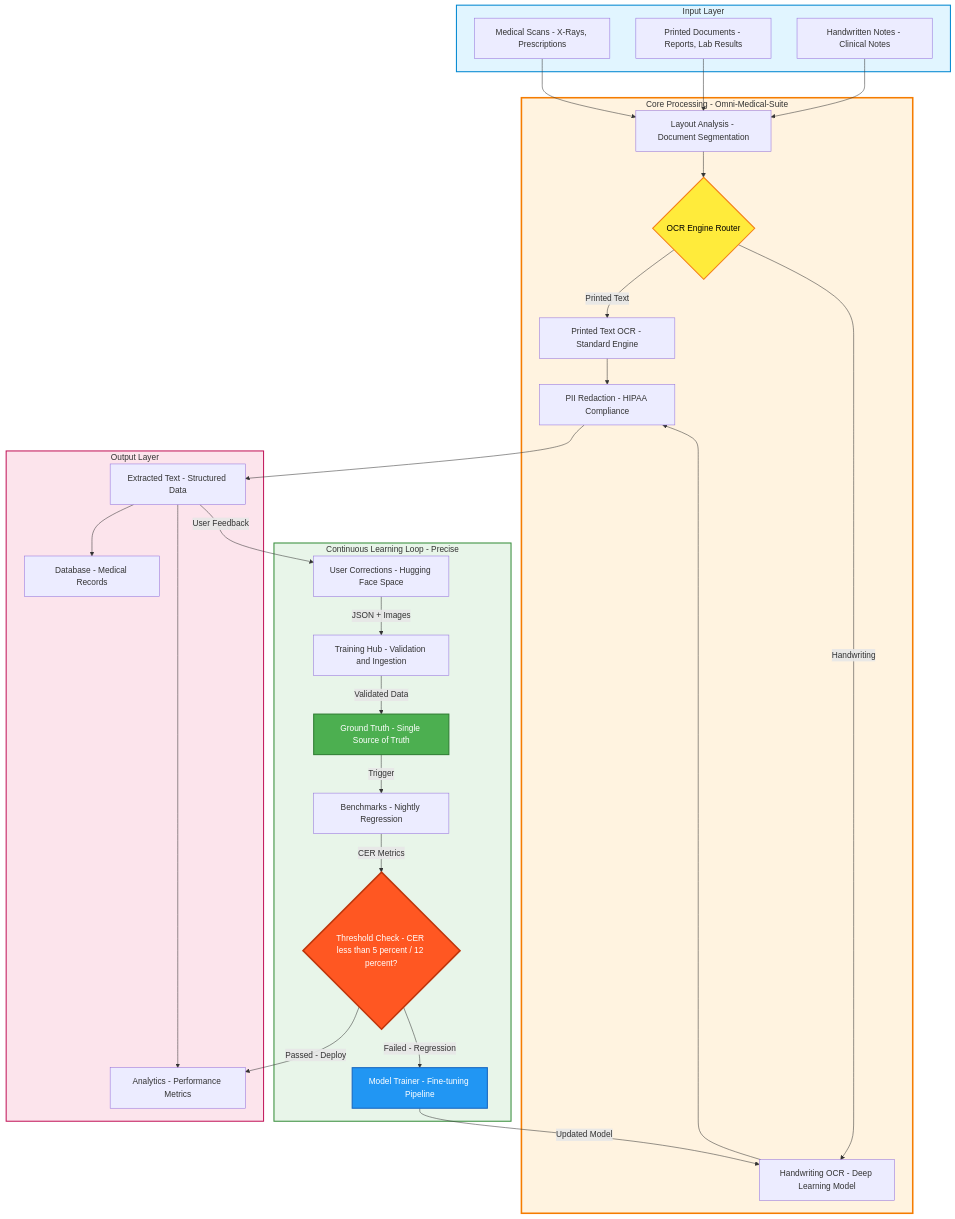
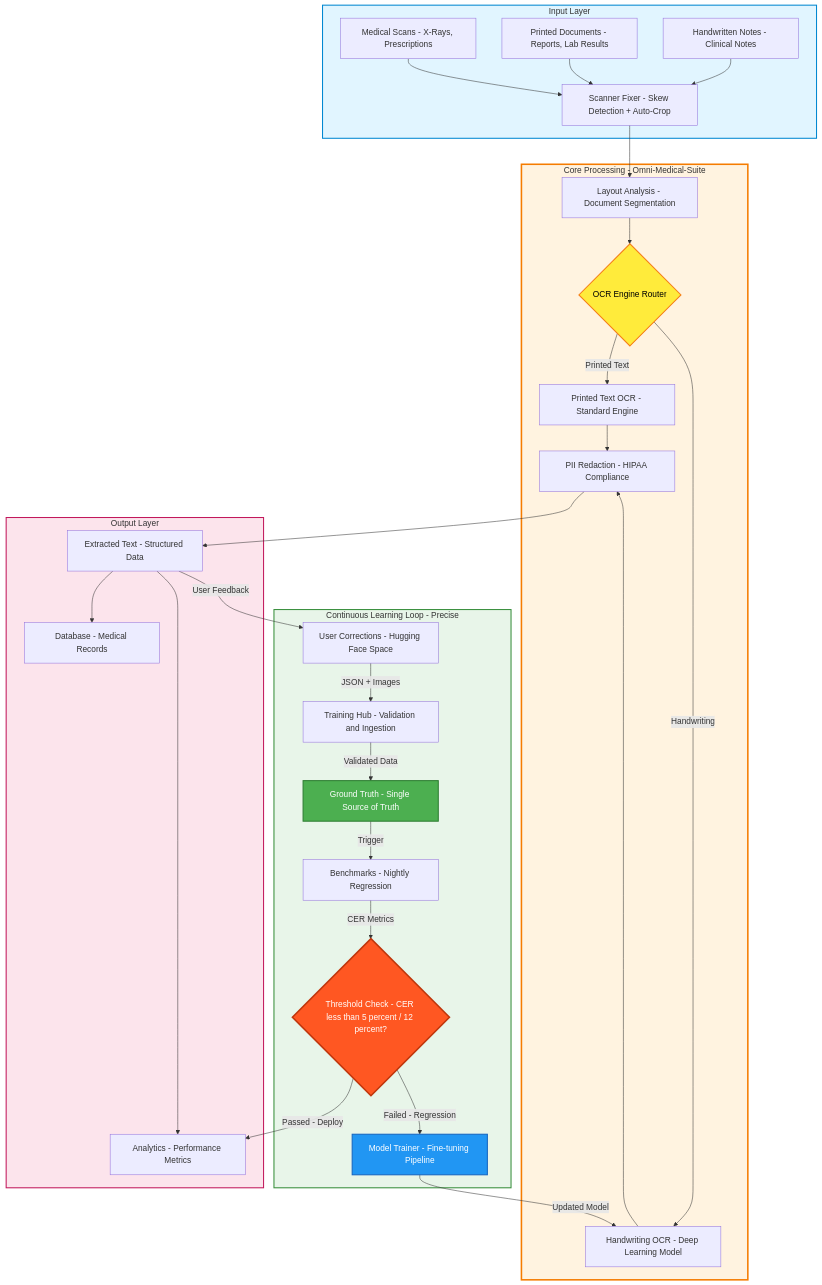
One commit to DrAbdulmalek/omni-medical-suite changed the second of 2 diagrams in README.md. Above: the diagram before and after it, drawn with Mermaid. The commit also changed other lines of this file and 1 other file, not shown here.

First line of the commit message:
docs: add Start Here ecosystem map, update Related Repositories, integrate scanner-fixer

````diff
--- a/README.md
+++ b/README.md
@@ -1098,65 +1129,67 @@
 ```mermaid
 graph TD
     subgraph INPUT["Input Layer"]
         A1["Medical Scans - X-Rays, Prescriptions"]
         A2["Printed Documents - Reports, Lab Results"]
         A3["Handwritten Notes - Clinical Notes"]
+        A0["Scanner Fixer - Skew Detection + Auto-Crop"]
     end
 
     subgraph CORE["Core Processing - Omni-Medical-Suite"]
         B1["Layout Analysis - Document Segmentation"]
         B2{"OCR Engine Router"}
         B3["Printed Text OCR - Standard Engine"]
         B4["Handwriting OCR - Deep Learning Model"]
         B5["PII Redaction - HIPAA Compliance"]
     end
 
     subgraph LEARNING["Continuous Learning Loop - Precise"]
         C1["User Corrections - Hugging Face Space"]
         C2["Training Hub - Validation and Ingestion"]
         C3["Ground Truth - Single Source of Truth"]
         C4["Benchmarks - Nightly Regression"]
         C5{"Threshold Check - CER less than 5 percent / 12 percent?"}
         C6["Model Trainer - Fine-tuning Pipeline"]
     end
 
     subgraph OUTPUT["Output Layer"]
         D1["Extracted Text - Structured Data"]
         D2["Database - Medical Records"]
         D3["Analytics - Performance Metrics"]
     end
 
-    A1 --> B1
-    A2 --> B1
-    A3 --> B1
+    A1 --> A0
+    A2 --> A0
+    A3 --> A0
+    A0 --> B1
     B1 --> B2
-
+    
     B2 -->|Printed Text| B3
     B2 -->|Handwriting| B4
     B3 --> B5
     B4 --> B5
 
     B5 --> D1
     D1 --> D2
     D1 --> D3
 
     D1 -->|User Feedback| C1
     C1 -->|JSON + Images| C2
     C2 -->|Validated Data| C3
     C3 -->|Trigger| C4
 
     C4 -->|CER Metrics| C5
     C5 -->|Passed - Deploy| D3
     C5 -->|Failed - Regression| C6
     C6 -->|Updated Model| B4
 
     style INPUT fill:#e1f5ff,stroke:#0288d1,stroke-width:2px
     style CORE fill:#fff3e0,stroke:#f57c00,stroke-width:3px
     style LEARNING fill:#e8f5e9,stroke:#388e3c,stroke-width:2px
     style OUTPUT fill:#fce4ec,stroke:#c2185b,stroke-width:2px
 
     style B2 fill:#ffeb3b,stroke:#f57f17,stroke-width:2px,color:#000
     style C3 fill:#4caf50,stroke:#2e7d32,stroke-width:2px,color:#fff
     style C5 fill:#ff5722,stroke:#bf360c,stroke-width:3px,color:#fff
     style C6 fill:#2196f3,stroke:#1565c0,stroke-width:2px,color:#fff
 ```
````
